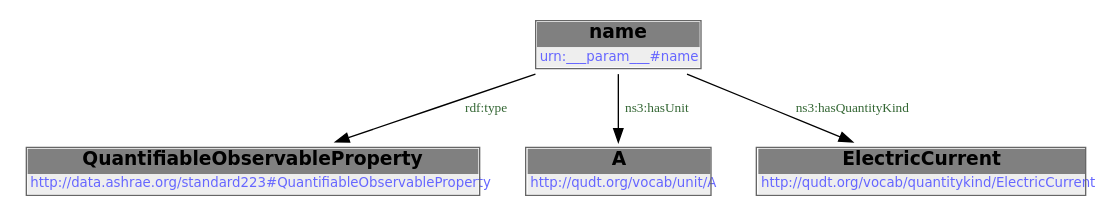
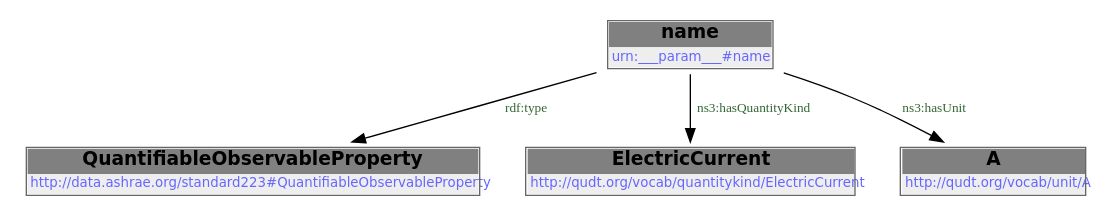
The first of 2 diagrams in docs/libraries/templates/electric-current.rst (DataDrivenCPS/water-ontology), drawn with Graphviz before and after one commit. The commit also changed 33 other files, not shown here.

```diff
--- a/docs/libraries/templates/electric-current.rst
+++ b/docs/libraries/templates/electric-current.rst
@@ -59,12 +59,12 @@
         .. graphviz::
 
                 digraph G {
             node [fontname="DejaVu Sans"];
             node0 -> node1 [color=BLACK, label=< <font point-size='10' color='#336633'>rdf:type</font> >];
-            node0 -> node2 [color=BLACK, label=< <font point-size='10' color='#336633'>ns3:hasUnit</font> >];
-            node0 -> node3 [color=BLACK, label=< <font point-size='10' color='#336633'>ns3:hasQuantityKind</font> >];
+            node0 -> node2 [color=BLACK, label=< <font point-size='10' color='#336633'>ns3:hasQuantityKind</font> >];
+            node0 -> node3 [color=BLACK, label=< <font point-size='10' color='#336633'>ns3:hasUnit</font> >];
             node0 [shape=none, color=black, label=< <table color='#666666' cellborder='0' cellspacing='0' border='1'><tr><td colspan='2' bgcolor='grey'><B>name</B></td></tr><tr><td href='urn:___param___#name' bgcolor='#eeeeee' colspan='2'><font point-size='10' color='#6666ff'>urn:___param___#name</font></td></tr></table> >];
             node1 [shape=none, color=black, label=< <table color='#666666' cellborder='0' cellspacing='0' border='1'><tr><td colspan='2' bgcolor='grey'><B>QuantifiableObservableProperty</B></td></tr><tr><td href='http://data.ashrae.org/standard223#QuantifiableObservableProperty' bgcolor='#eeeeee' colspan='2'><font point-size='10' color='#6666ff'>http://data.ashrae.org/standard223#QuantifiableObservableProperty</font></td></tr></table> >];
-            node2 [shape=none, color=black, label=< <table color='#666666' cellborder='0' cellspacing='0' border='1'><tr><td colspan='2' bgcolor='grey'><B>A</B></td></tr><tr><td href='http://qudt.org/vocab/unit/A' bgcolor='#eeeeee' colspan='2'><font point-size='10' color='#6666ff'>http://qudt.org/vocab/unit/A</font></td></tr></table> >];
-            node3 [shape=none, color=black, label=< <table color='#666666' cellborder='0' cellspacing='0' border='1'><tr><td colspan='2' bgcolor='grey'><B>ElectricCurrent</B></td></tr><tr><td href='http://qudt.org/vocab/quantitykind/ElectricCurrent' bgcolor='#eeeeee' colspan='2'><font point-size='10' color='#6666ff'>http://qudt.org/vocab/quantitykind/ElectricCurrent</font></td></tr></table> >];
+            node2 [shape=none, color=black, label=< <table color='#666666' cellborder='0' cellspacing='0' border='1'><tr><td colspan='2' bgcolor='grey'><B>ElectricCurrent</B></td></tr><tr><td href='http://qudt.org/vocab/quantitykind/ElectricCurrent' bgcolor='#eeeeee' colspan='2'><font point-size='10' color='#6666ff'>http://qudt.org/vocab/quantitykind/ElectricCurrent</font></td></tr></table> >];
+            node3 [shape=none, color=black, label=< <table color='#666666' cellborder='0' cellspacing='0' border='1'><tr><td colspan='2' bgcolor='grey'><B>A</B></td></tr><tr><td href='http://qudt.org/vocab/unit/A' bgcolor='#eeeeee' colspan='2'><font point-size='10' color='#6666ff'>http://qudt.org/vocab/unit/A</font></td></tr></table> >];
             }
```
